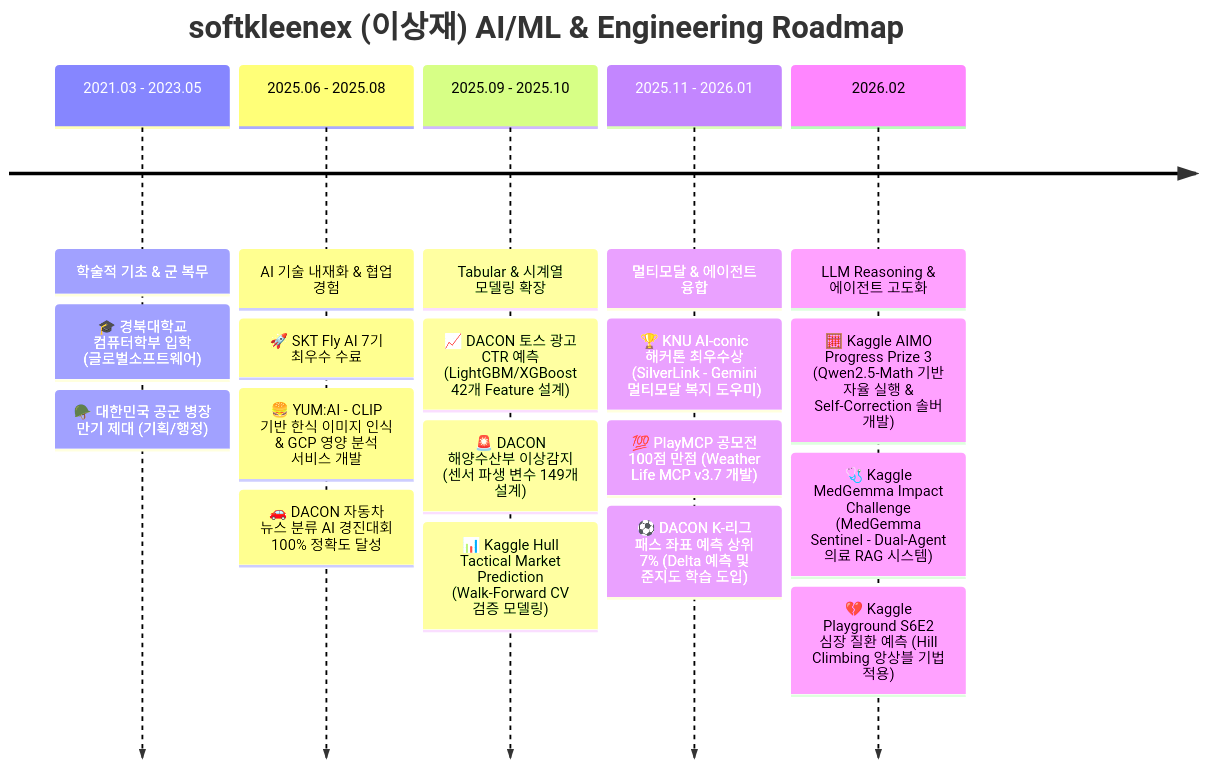
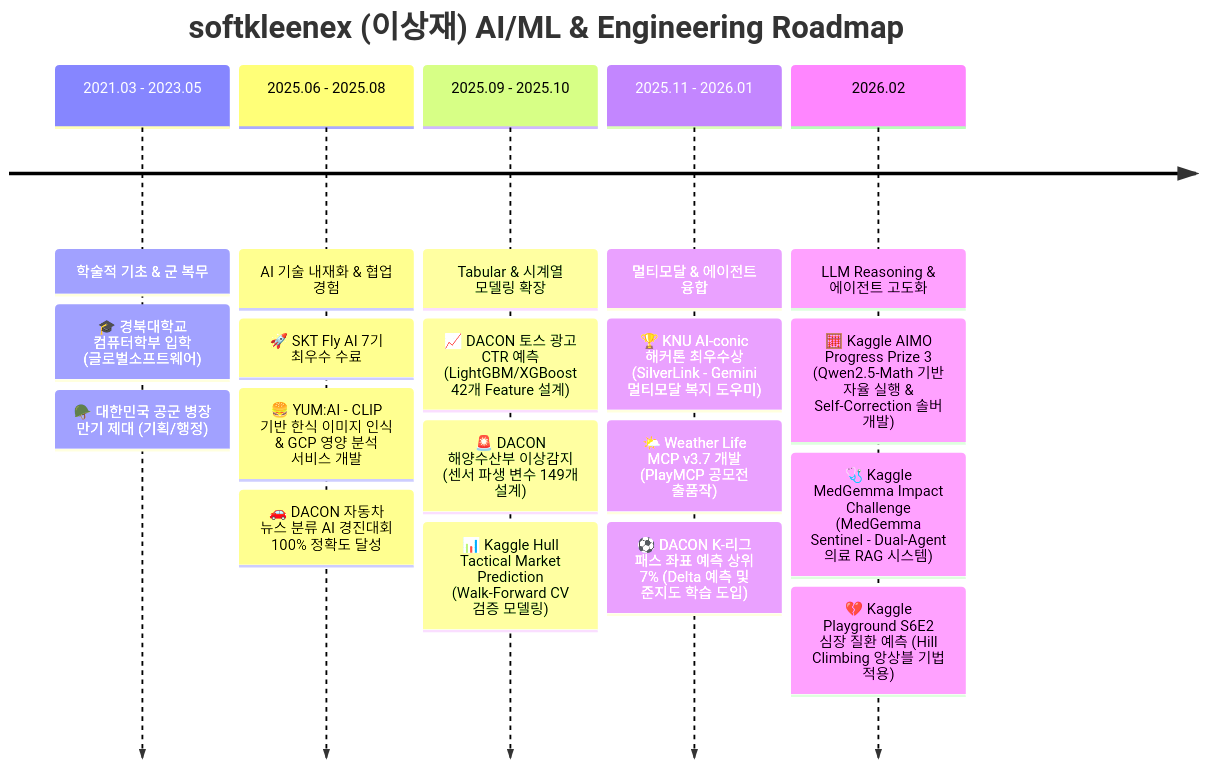
The diagram in README.md (softkleenex/softkleenex), drawn with Mermaid before and after one commit. The commit also changed other lines of this file, not shown here.

Commit message:
docs: correct PlayMCP project description to reflect contest entry status

````diff
--- a/README.md
+++ b/README.md
@@ -27,23 +27,23 @@
 ```mermaid
 timeline
     title softkleenex (이상재) AI/ML & Engineering Roadmap
     2021.03 - 2023.05 : 학술적 기초 & 군 복무
                       : 🎓 경북대학교 컴퓨터학부 입학 (글로벌소프트웨어)
                       : 🪖 대한민국 공군 병장 만기 제대 (기획/행정)
     2025.06 - 2025.08 : AI 기술 내재화 & 협업 경험
                       : 🚀 SKT Fly AI 7기 최우수 수료
                       : 🍔 YUM:AI - CLIP 기반 한식 이미지 인식 & GCP 영양 분석 서비스 개발
                       : 🚗 DACON 자동차 뉴스 분류 AI 경진대회 100% 정확도 달성
     2025.09 - 2025.10 : Tabular & 시계열 모델링 확장
                       : 📈 DACON 토스 광고 CTR 예측 (LightGBM/XGBoost 42개 Feature 설계)
                       : 🚨 DACON 해양수산부 이상감지 (센서 파생 변수 149개 설계)
                       : 📊 Kaggle Hull Tactical Market Prediction (Walk-Forward CV 검증 모델링)
     2025.11 - 2026.01 : 멀티모달 & 에이전트 융합
                       : 🏆 KNU AI-conic 해커톤 최우수상 (SilverLink - Gemini 멀티모달 복지 도우미)
-                      : 💯 PlayMCP 공모전 100점 만점 (Weather Life MCP v3.7 개발)
+                      : 🌤️ Weather Life MCP v3.7 개발 (PlayMCP 공모전 출품작)
                       : ⚽ DACON K-리그 패스 좌표 예측 상위 7% (Delta 예측 및 준지도 학습 도입)
     2026.02 : LLM Reasoning & 에이전트 고도화
             : 🧮 Kaggle AIMO Progress Prize 3 (Qwen2.5-Math 기반 자율 실행 & Self-Correction 솔버 개발)
             : 🩺 Kaggle MedGemma Impact Challenge (MedGemma Sentinel - Dual-Agent 의료 RAG 시스템)
             : 💔 Kaggle Playground S6E2 심장 질환 예측 (Hill Climbing 앙상블 기법 적용)
 ```
````
